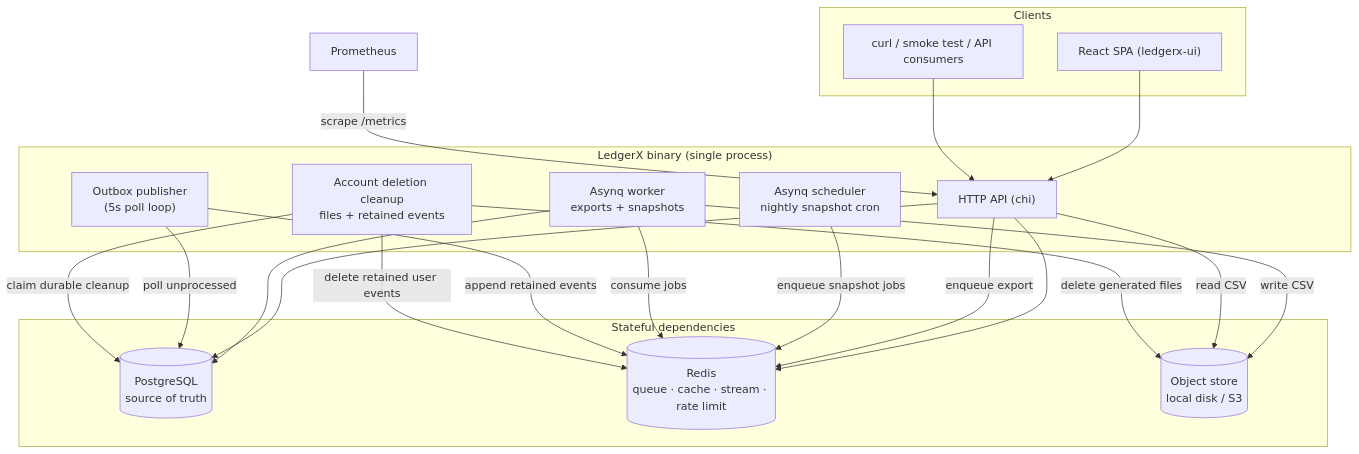
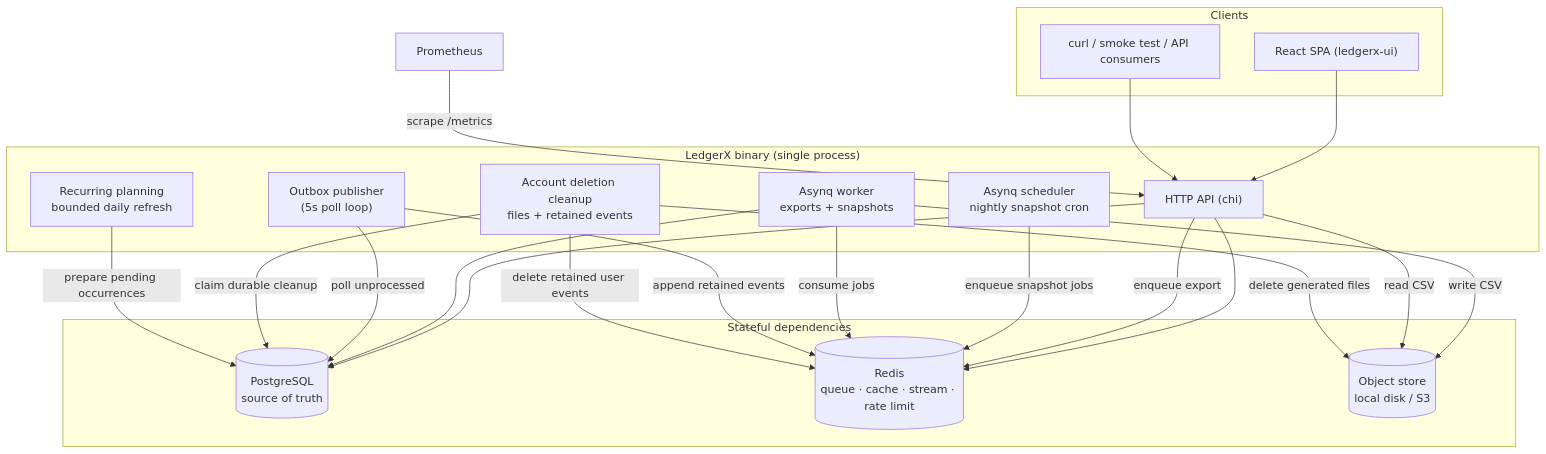
One commit to EftikharAzim/LedgerX changed the first of 3 diagrams in docs/ARCHITECTURE.md. Above: the diagram before and after it, drawn with Mermaid. The commit also changed other lines of this file and 51 other files, not shown here.

````diff
--- a/docs/ARCHITECTURE.md
+++ b/docs/ARCHITECTURE.md
@@ -17,40 +17,42 @@
 ```mermaid
 graph TD
     subgraph client["Clients"]
         UI["React SPA (ledgerx-ui)"]
         CLI["curl / smoke test / API consumers"]
     end
 
     subgraph binary["LedgerX binary (single process)"]
         API["HTTP API (chi)"]
         WORKER["Asynq worker<br/>exports + snapshots"]
         SCHED["Asynq scheduler<br/>nightly snapshot cron"]
         OUTBOX["Outbox publisher<br/>(5s poll loop)"]
         PRIVACY["Account deletion cleanup<br/>files + retained events"]
+        RECUR["Recurring planning<br/>bounded daily refresh"]
     end
 
     subgraph stores["Stateful dependencies"]
         PG[("PostgreSQL<br/>source of truth")]
         REDIS[("Redis<br/>queue · cache · stream · rate limit")]
         OBJ[("Object store<br/>local disk / S3")]
     end
 
     PROM["Prometheus"]
 
     UI --> API
     CLI --> API
     API --> PG
     API --> REDIS
     API -->|enqueue export| REDIS
     WORKER --> PG
     WORKER -->|write CSV| OBJ
     API -->|read CSV| OBJ
     SCHED -->|enqueue snapshot jobs| REDIS
     WORKER -->|consume jobs| REDIS
     OUTBOX -->|poll unprocessed| PG
     OUTBOX -->|append retained events| REDIS
     PRIVACY -->|claim durable cleanup| PG
     PRIVACY -->|delete generated files| OBJ
     PRIVACY -->|delete retained user events| REDIS
+    RECUR -->|prepare pending occurrences| PG
     PROM -->|scrape /metrics| API
 ```
````
